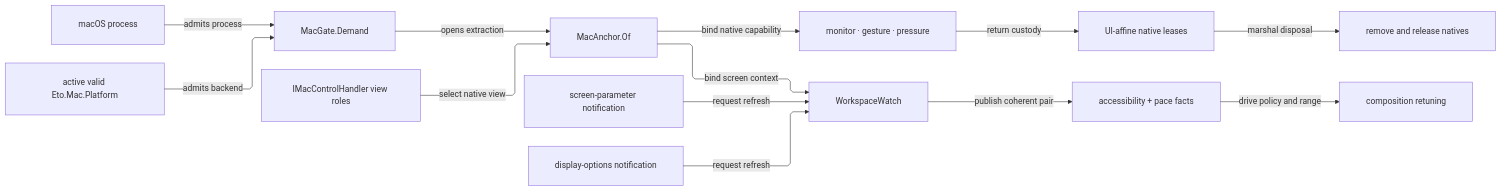
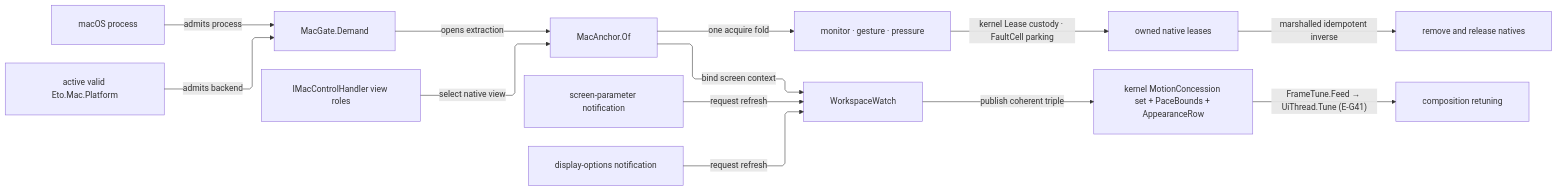
The diagram in libs/csharp/Rasm.Grasshopper/.planning/Platform/native.md (bsamiee/Rasm), drawn with Mermaid before and after one commit. The commit also changed other lines of this file and 818 other files, not shown here.

````diff
--- a/libs/csharp/Rasm.Grasshopper/.planning/Platform/native.md
+++ b/libs/csharp/Rasm.Grasshopper/.planning/Platform/native.md
@@ -515,27 +491,27 @@
 ```mermaid
 ---
 config:
   layout: elk
   elk:
     nodePlacementStrategy: NETWORK_SIMPLEX
     considerModelOrder: NODES_AND_EDGES
   flowchart:
     curve: linear
     padding: 25
 ---
 flowchart LR
     accTitle: macOS platform gate, native attachments, and changing workspace facts
-    accDescr: The operating system and active Eto macOS platform admit explicit native view roles; leased monitors, gestures, pressure, and workspace observers contain callbacks and marshal their inverses; anchor-screen changes publish pacing evidence for composition retuning.
+    accDescr: The operating system and active Eto macOS platform admit explicit native view roles; one acquire fold mints leased monitors, gestures, pressure, and workspace observers whose faults park on the caller's cell; anchor-screen changes publish kernel concession sets, pace bounds, and appearance rows that feed the frame-tune producer.
     Process["macOS process"] -->|"admits process"| Gate["MacGate.Demand"]
     Eto["active valid Eto.Mac.Platform"] -->|"admits backend"| Gate
     Gate -->|"opens extraction"| Anchor["MacAnchor.Of"]
     Roles["IMacControlHandler view roles"] -->|"select native view"| Anchor
-    Anchor -->|"bind native capability"| Attach["monitor · gesture · pressure"]
-    Attach -->|"return custody"| Lease["UI-affine native leases"]
-    Lease -->|"marshal disposal"| Inverse["remove and release natives"]
+    Anchor -->|"one acquire fold"| Attach["monitor · gesture · pressure"]
+    Attach -->|"kernel Lease custody · FaultCell parking"| Lease["owned native leases"]
+    Lease -->|"marshalled idempotent inverse"| Inverse["remove and release natives"]
     Anchor -->|"bind screen context"| Watch["WorkspaceWatch"]
     Screen["screen-parameter notification"] -->|"request refresh"| Watch
     Display["display-options notification"] -->|"request refresh"| Watch
-    Watch -->|"publish coherent pair"| Facts["accessibility + pace facts"]
-    Facts -->|"drive policy and range"| Retune["composition retuning"]
+    Watch -->|"publish coherent triple"| Facts["kernel MotionConcession set + PaceBounds + AppearanceRow"]
+    Facts -->|"FrameTune.Feed → UiThread.Tune (E-G41)"| Retune["composition retuning"]
 ```
````
